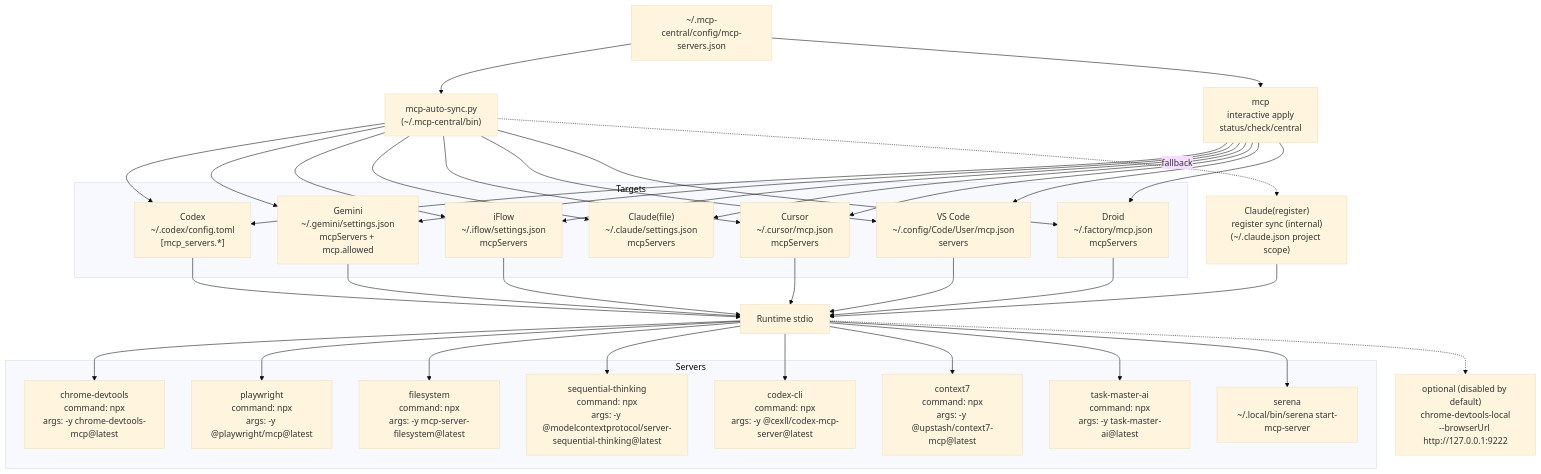
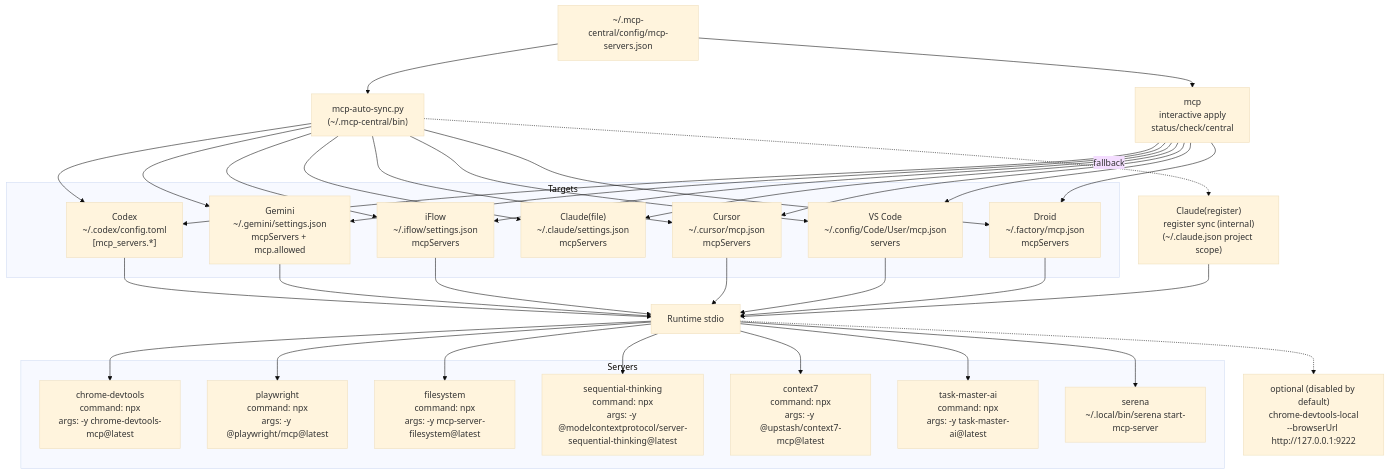
One commit to czdtech/mcp-local-manager changed the diagram in docs/mcp-architecture.mmd. Above: the diagram before and after it, drawn with Mermaid (base theme). The commit also changed 6 other files, not shown here.

Commit message:
Remove codex-cli MCP templates and docs,timeout_ms:600000,

```diff
--- a/docs/mcp-architecture.mmd
+++ b/docs/mcp-architecture.mmd
@@ -1,63 +1,61 @@
 flowchart TD
   CENTRAL["~/.mcp-central/config/mcp-servers.json"] --> SYNC["mcp-auto-sync.py<br/>(~/.mcp-central/bin)"]
   CENTRAL --> MCP["mcp<br/>interactive apply<br/>status/check/central"]
 
   subgraph Targets
     CODEX["Codex<br/>~/.codex/config.toml<br/>[mcp_servers.*]"]
     GEMINI["Gemini<br/>~/.gemini/settings.json<br/>mcpServers + mcp.allowed"]
     IFLOW["iFlow<br/>~/.iflow/settings.json<br/>mcpServers"]
     CLAUDE_FILE["Claude(file)<br/>~/.claude/settings.json<br/>mcpServers"]
     CURSOR["Cursor<br/>~/.cursor/mcp.json<br/>mcpServers"]
     VSCODE["VS Code<br/>~/.config/Code/User/mcp.json<br/>servers"]
     DROID["Droid<br/>~/.factory/mcp.json<br/>mcpServers"]
   end
 
   SYNC --> CODEX
   SYNC --> GEMINI
   SYNC --> IFLOW
   SYNC --> CLAUDE_FILE
   SYNC --> CURSOR
   SYNC --> VSCODE
   SYNC --> DROID
   MCP --> CODEX
   MCP --> GEMINI
   MCP --> IFLOW
   MCP --> CLAUDE_FILE
   MCP --> CURSOR
   MCP --> VSCODE
   MCP --> DROID
 
   CLAUDE_REG["Claude(register)<br/>register sync (internal)<br/>(~/.claude.json project scope)"]
   SYNC -. fallback .-> CLAUDE_REG
 
   RUNTIME[Runtime stdio]
   CODEX --> RUNTIME
   GEMINI --> RUNTIME
   IFLOW --> RUNTIME
   CLAUDE_REG --> RUNTIME
   CURSOR --> RUNTIME
   VSCODE --> RUNTIME
   DROID --> RUNTIME
 
   subgraph Servers
     CDT["chrome-devtools<br/>command: npx<br/>args: -y chrome-devtools-mcp@latest"]
     PW["playwright<br/>command: npx<br/>args: -y @playwright/mcp@latest"]
     FS["filesystem<br/>command: npx<br/>args: -y mcp-server-filesystem@latest"]
     ST["sequential-thinking<br/>command: npx<br/>args: -y @modelcontextprotocol/server-sequential-thinking@latest"]
-    CMC["codex-cli<br/>command: npx<br/>args: -y @cexll/codex-mcp-server@latest"]
     CTX7["context7<br/>command: npx<br/>args: -y @upstash/context7-mcp@latest"]
     TMA["task-master-ai<br/>command: npx<br/>args: -y task-master-ai@latest"]
     SERENA["serena<br/>~/.local/bin/serena start-mcp-server"]
   end
 
   RUNTIME --> CDT
   RUNTIME --> PW
   RUNTIME --> FS
   RUNTIME --> ST
-  RUNTIME --> CMC
   RUNTIME --> CTX7
   RUNTIME --> TMA
   RUNTIME --> SERENA
 
   CDT_LOCAL["optional (disabled by default)<br/>chrome-devtools-local<br/>--browserUrl http://127.0.0.1:9222"]
   RUNTIME -.-> CDT_LOCAL
```
